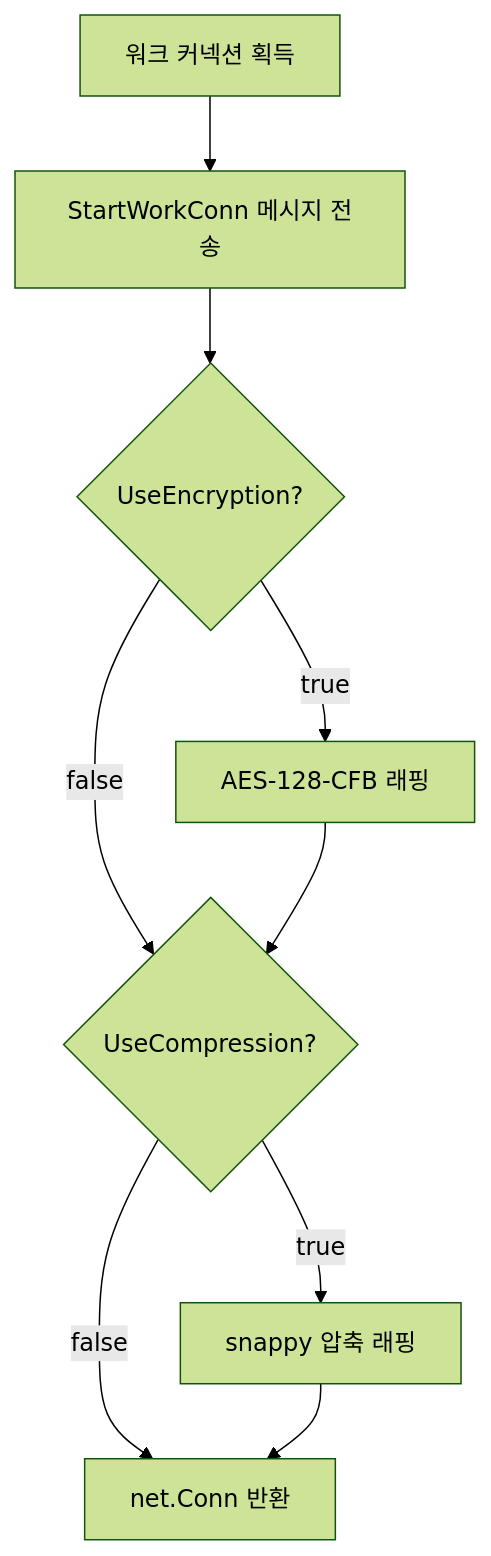
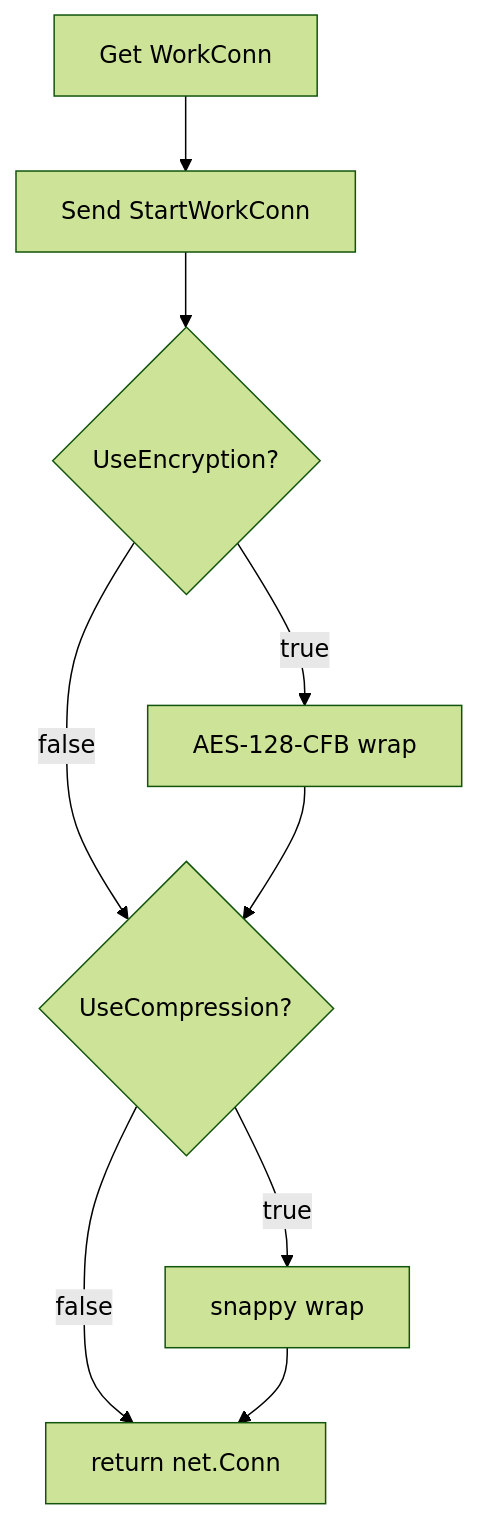
The fourth of 6 diagrams in docs/architecture/bridge-layer.md (cagojeiger/drp), drawn with Mermaid (forest theme) before and after one commit. The commit also changed other lines of this file and 3 other files, not shown here.

First line of the commit message:
fix(docs): rewrite all Mermaid diagrams for VS Code compatibility

````diff
--- a/docs/architecture/bridge-layer.md
+++ b/docs/architecture/bridge-layer.md
@@ -83,11 +81,11 @@
 ```mermaid
 flowchart TD
-    WC[워크 커넥션 획득] --> SWC[StartWorkConn 메시지 전송]
-    SWC --> Enc{UseEncryption?}
-    Enc -->|true| AES["AES-128-CFB 래핑"]
-    Enc -->|false| Comp{UseCompression?}
+    WC["Get WorkConn"] --> SWC["Send StartWorkConn"]
+    SWC --> Enc{"UseEncryption?"}
+    Enc -->|"true"| AES["AES-128-CFB wrap"]
+    Enc -->|"false"| Comp{"UseCompression?"}
     AES --> Comp
-    Comp -->|true| Snappy["snappy 압축 래핑"]
-    Comp -->|false| Done[net.Conn 반환]
+    Comp -->|"true"| Snappy["snappy wrap"]
+    Comp -->|"false"| Done["return net.Conn"]
     Snappy --> Done
 ```
````
